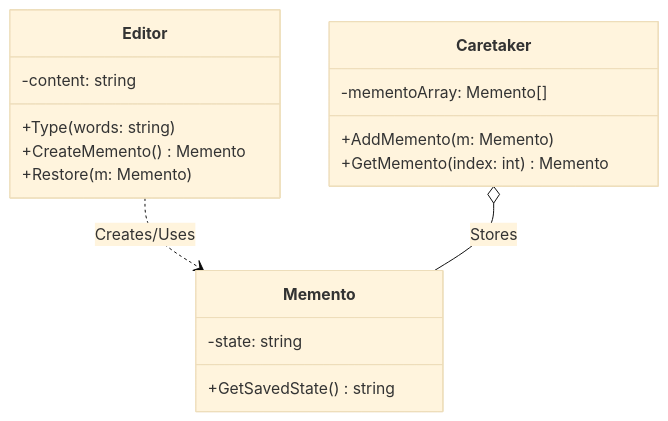
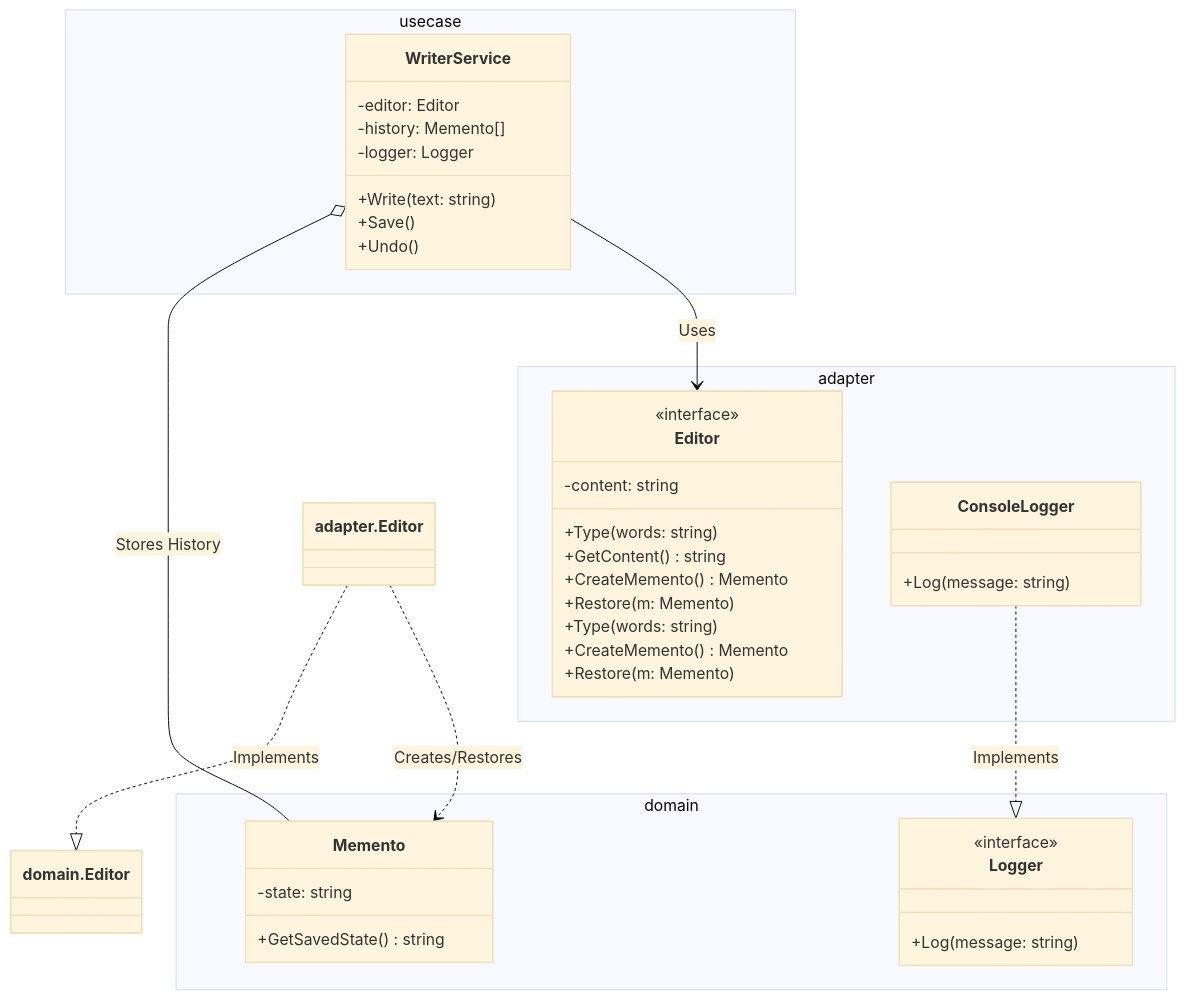
The diagram in memento-example/README.md (sokoide/design-patterns), drawn with Mermaid (base theme) before and after one commit. The commit also changed other lines of this file and 102 other files, not shown here.

````diff
--- a/memento-example/README.md
+++ b/memento-example/README.md
@@ -32,28 +33,50 @@
 ```mermaid
 classDiagram
-    direction TB
-
-    %% Domain Layer
-    class Memento {
-        -state: string
-        +GetSavedState() string
+    namespace domain {
+        class Memento {
+            -state: string
+            +GetSavedState() string
+        }
+        class Editor {
+            <<interface>>
+            +Type(words: string)
+            +GetContent() string
+            +CreateMemento() Memento
+            +Restore(m: Memento)
+        }
+        class Logger {
+            <<interface>>
+            +Log(message: string)
+        }
     }
 
-    %% Adapter Layer
-    class Editor {
-        -content: string
-        +Type(words: string)
-        +CreateMemento() Memento
-        +Restore(m: Memento)
+    namespace usecase {
+        class WriterService {
+            -editor: Editor
+            -history: Memento[]
+            -logger: Logger
+            +Write(text: string)
+            +Save()
+            +Undo()
+        }
     }
 
-    class Caretaker {
-        -mementoArray: Memento[]
-        +AddMemento(m: Memento)
-        +GetMemento(index: int) Memento
+    namespace adapter {
+        class Editor {
+            -content: string
+            +Type(words: string)
+            +CreateMemento() Memento
+            +Restore(m: Memento)
+        }
+        class ConsoleLogger {
+            +Log(message: string)
+        }
     }
 
     %% Relationships
-    Editor ..> Memento : Creates/Uses
-    Caretaker o-- Memento : Stores
+    WriterService o-- Memento : Stores History
+    WriterService --> Editor : Uses
+    adapter.Editor ..|> domain.Editor : Implements
+    adapter.Editor ..> Memento : Creates/Restores
+    ConsoleLogger ..|> Logger : Implements
 ```
````
